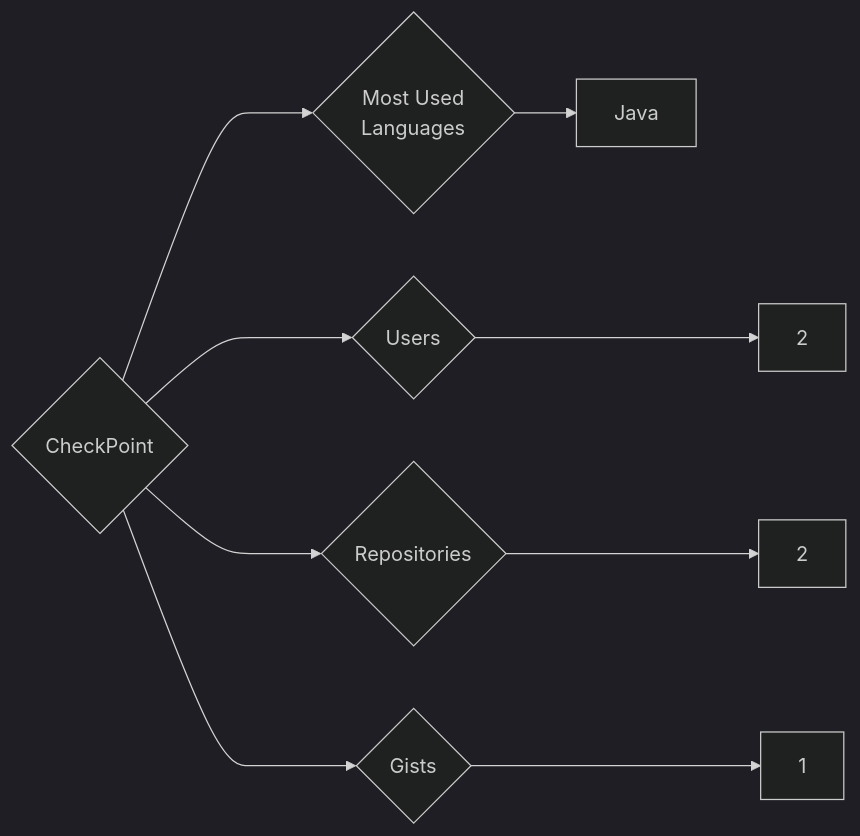
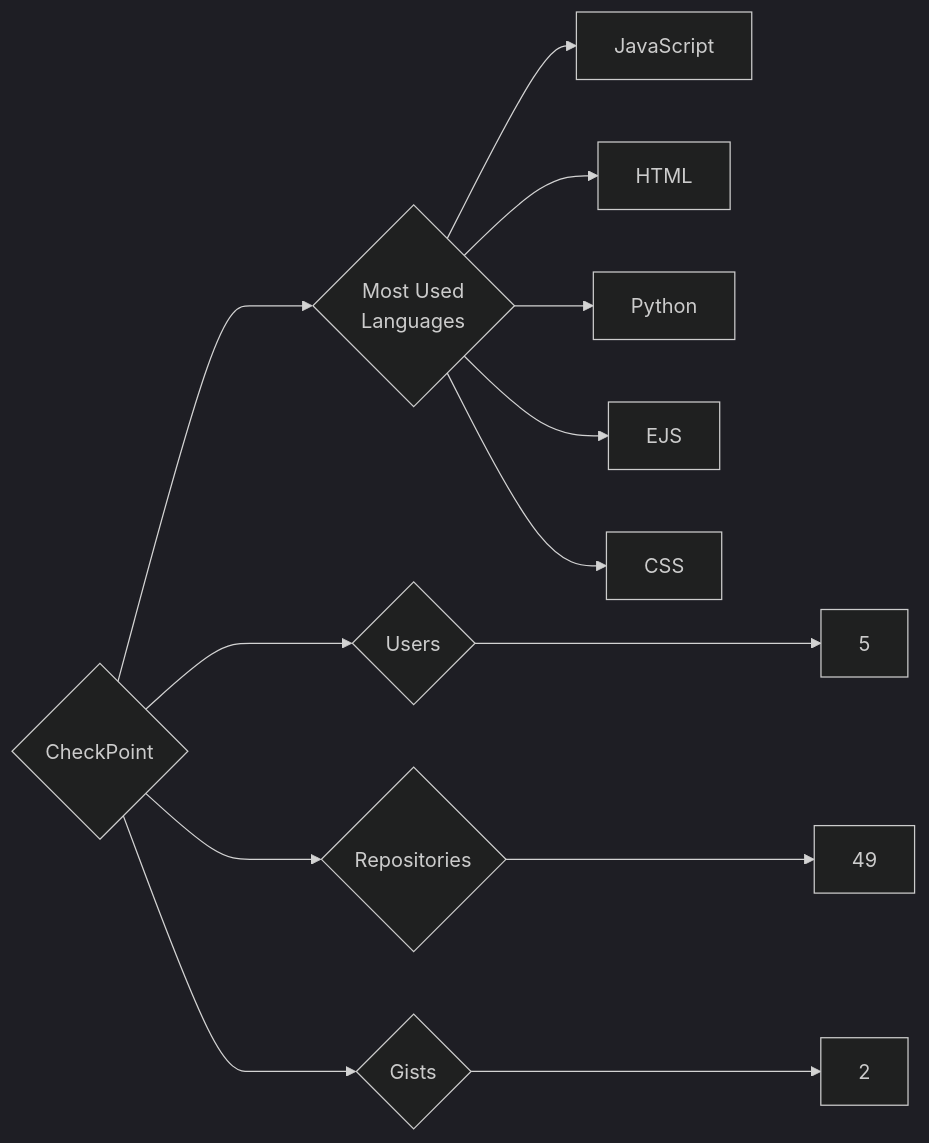
Before and after one commit to trickest/insiders: the diagram in targets/CheckPoint/README.md, drawn with Mermaid (dark theme). The commit also changed 782 other files, not shown here.

````diff
--- a/targets/CheckPoint/README.md
+++ b/targets/CheckPoint/README.md
@@ -3,9 +3,13 @@
 ```mermaid
 graph LR
 COMPANY_NAME{CheckPoint}
-COMPANY_NAME ---> U{Users} ---> UN[2]
-COMPANY_NAME ---> R{Repositories} ---> RN[2]
-COMPANY_NAME ---> G{Gists} ---> GN[1]
+COMPANY_NAME ---> U{Users} ---> UN[5]
+COMPANY_NAME ---> R{Repositories} ---> RN[49]
+COMPANY_NAME ---> G{Gists} ---> GN[2]
 COMPANY_NAME ---> ML{Most Used<br>Languages}
-ML --> Java[Java]
+ML --> JavaScript[JavaScript]
+ML --> HTML[HTML]
+ML --> Python[Python]
+ML --> EJS[EJS]
+ML --> CSS[CSS]
 ```
````
